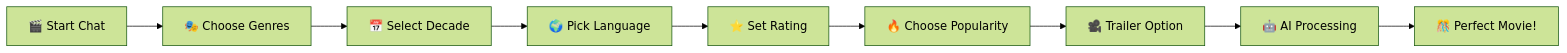
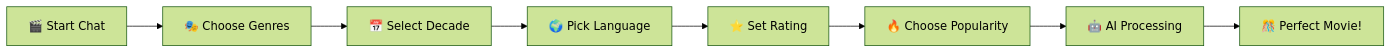
One commit to Alilo2005/CineAi changed the diagram in README.md. Above: the diagram before and after it, drawn with Mermaid (forest theme). The commit also changed other lines of this file and 3 other files, not shown here.

Commit message:
Update README, ChatInterface, Footer, and MovieCard components to enhance user experience with new actions for downloading posters, watching trailers, and improved Rivestream integration; streamline UI by removing in-chat trailer embeds.

````diff
--- a/README.md
+++ b/README.md
@@ -67,11 +67,10 @@
 ```mermaid
 graph LR
     A[🎬 Start Chat] --> B[🎭 Choose Genres]
     B --> C[📅 Select Decade]
     C --> D[🌍 Pick Language]
     D --> E[⭐ Set Rating]
     E --> F[🔥 Choose Popularity]
-    F --> G[🎥 Trailer Option]
-    G --> H[🤖 AI Processing]
-    H --> I[🎊 Perfect Movie!]
+    F --> G[🤖 AI Processing]
+    G --> H[🎊 Perfect Movie!]
 ```
````
